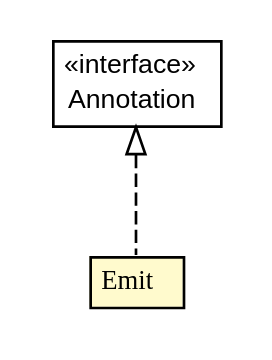
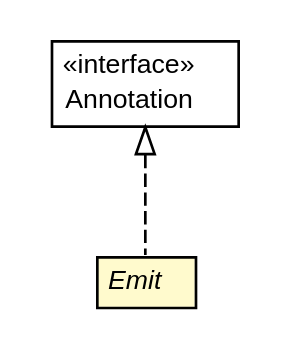
The diagram in jetng-apt/apidocs/net/trajano/jetng/apt/Emit.dot (trajano/jetng), drawn with Graphviz before and after one commit. The commit also changed 67 other files, not shown here.

```diff
--- a/jetng-apt/apidocs/net/trajano/jetng/apt/Emit.dot
+++ b/jetng-apt/apidocs/net/trajano/jetng/apt/Emit.dot
@@ -1,27 +1,27 @@
 #!/usr/local/bin/dot
 #
 # Class diagram 
 # Generated by UMLGraph version R5_6-24-gf6e263 (http://www.umlgraph.org/)
 #
 
 digraph G {
-	edge [fontname="arial",fontsize=10,labelfontname="arial",labelfontsize=10];
-	node [fontname="arial",fontsize=10,shape=plaintext];
+	edge [fontname="Helvetica",fontsize=10,labelfontname="Helvetica",labelfontsize=10];
+	node [fontname="Helvetica",fontsize=10,shape=plaintext];
 	nodesep=0.25;
 	ranksep=0.5;
 	// net.trajano.jetng.apt.Emit
 	c14 [label=<<table title="net.trajano.jetng.apt.Emit" border="0" cellborder="1" cellspacing="0" cellpadding="2" port="p" bgcolor="lemonChiffon" href="./Emit.html">
 		<tr><td><table border="0" cellspacing="0" cellpadding="1">
-<tr><td align="center" balign="center"><font face="arial italic"> Emit </font></td></tr>
+<tr><td align="center" balign="center"><font face="Helvetica-Oblique"> Emit </font></td></tr>
 		</table></td></tr>
-		</table>>, URL="./Emit.html", fontname="arial", fontcolor="black", fontsize=10.0];
+		</table>>, URL="./Emit.html", fontname="Helvetica", fontcolor="black", fontsize=10.0];
 	//net.trajano.jetng.apt.Emit implements java.lang.annotation.Annotation
 	c22:p -> c14:p [dir=back,arrowtail=empty,style=dashed];
 	// java.lang.annotation.Annotation
 	c22 [label=<<table title="java.lang.annotation.Annotation" border="0" cellborder="1" cellspacing="0" cellpadding="2" port="p" href="http://java.sun.com/j2se/1.4.2/docs/api/java/lang/annotation/Annotation.html">
 		<tr><td><table border="0" cellspacing="0" cellpadding="1">
 <tr><td align="center" balign="center"> &#171;interface&#187; </td></tr>
 <tr><td align="center" balign="center"> Annotation </td></tr>
 		</table></td></tr>
-		</table>>, URL="http://java.sun.com/j2se/1.4.2/docs/api/java/lang/annotation/Annotation.html", fontname="arial", fontcolor="black", fontsize=10.0];
+		</table>>, URL="http://java.sun.com/j2se/1.4.2/docs/api/java/lang/annotation/Annotation.html", fontname="Helvetica", fontcolor="black", fontsize=10.0];
 }
```
